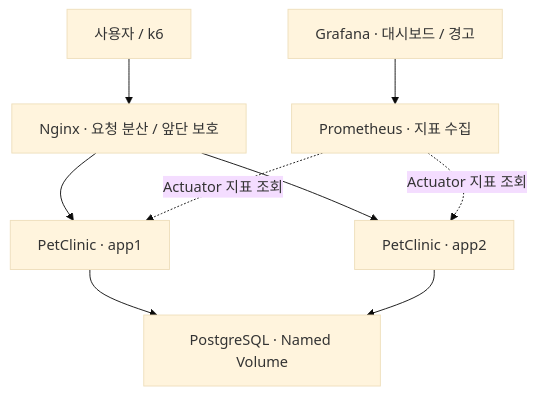
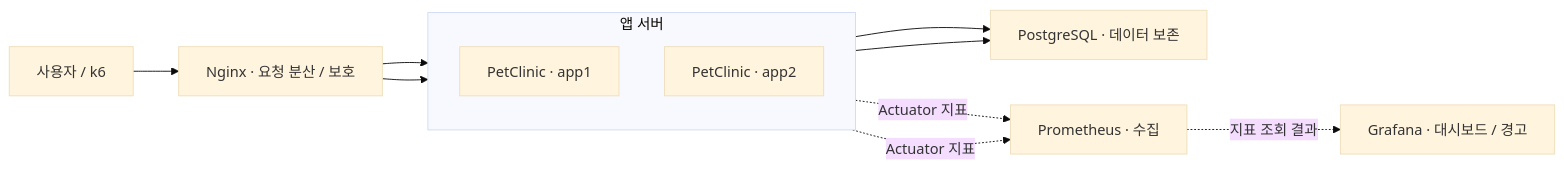
The diagram in README.md (Cucumberry52/likelion14-seover), drawn with Mermaid (base theme) before and after one commit. The commit also changed other lines of this file, not shown here.

Commit message:
docs: make architecture left-to-right and clarify study preparation role

````diff
--- a/README.md
+++ b/README.md
@@ -37,11 +36,16 @@
 ```mermaid
-flowchart TD
-    client["사용자 / k6"] --> nginx["Nginx · 요청 분산 / 앞단 보호"]
-    nginx --> app1["PetClinic · app1"]
-    nginx --> app2["PetClinic · app2"]
-    app1 --> db["PostgreSQL · Named Volume"]
+flowchart LR
+    client["사용자 / k6"] --> nginx["Nginx · 요청 분산 / 보호"]
+    subgraph apps["앱 서버"]
+        direction TB
+        app1["PetClinic · app1"]
+        app2["PetClinic · app2"]
+    end
+    nginx --> app1
+    nginx --> app2
+    app1 --> db["PostgreSQL · 데이터 보존"]
     app2 --> db
-    prometheus["Prometheus · 지표 수집"] -. "Actuator 지표 조회" .-> app1
-    prometheus -. "Actuator 지표 조회" .-> app2
-    grafana["Grafana · 대시보드 / 경고"] --> prometheus
+    app1 -. "Actuator 지표" .-> prometheus["Prometheus · 수집"]
+    app2 -. "Actuator 지표" .-> prometheus
+    prometheus -. "지표 조회 결과" .-> grafana["Grafana · 대시보드 / 경고"]
 ```
````
